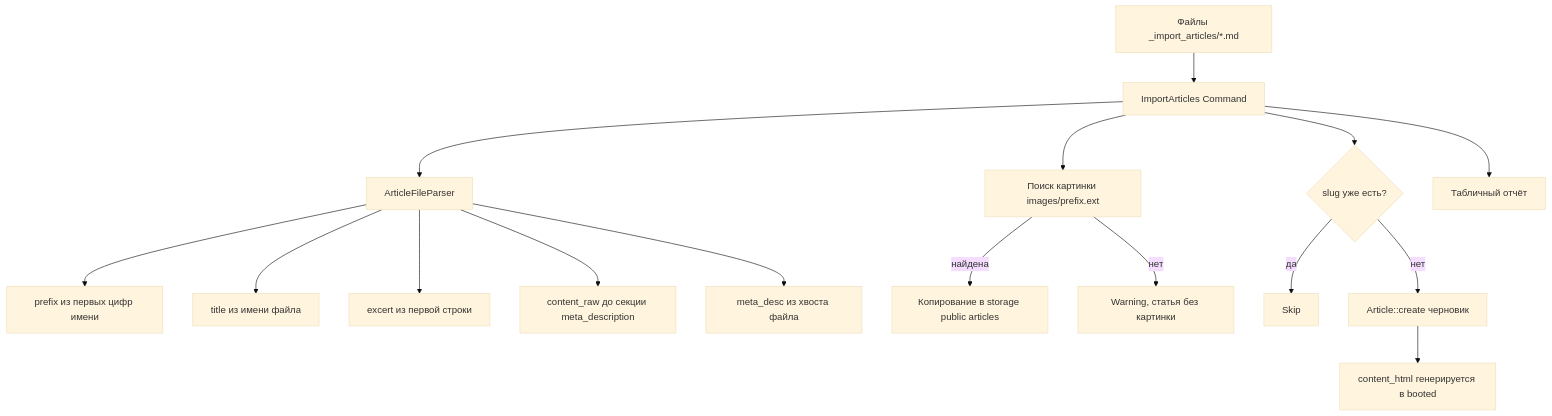
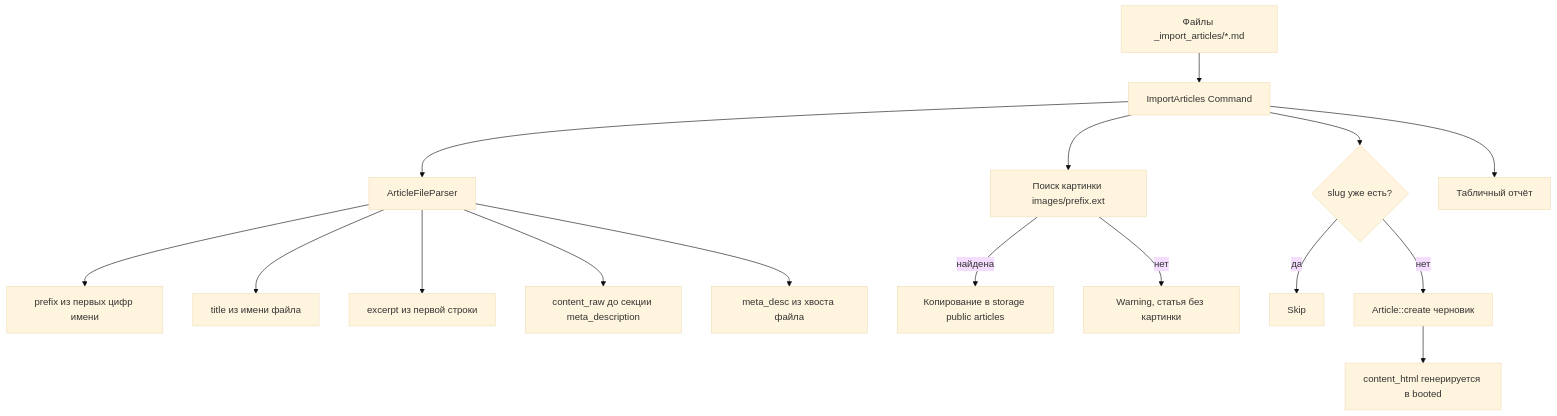
One commit to alexchasx/laravel-orchid-blog changed the diagram in plans/import-articles.md. Above: the diagram before and after it, drawn with Mermaid (base theme). The commit also changed other lines of this file and 23 other files, not shown here.

Commit message:
rename excert to excerpt

````diff
--- a/plans/import-articles.md
+++ b/plans/import-articles.md
@@ -31,18 +31,18 @@
 ```mermaid
 flowchart TD
     A[Файлы _import_articles/*.md] --> B[ImportArticles Command]
     B --> C[ArticleFileParser]
     C --> D[prefix из первых цифр имени]
     C --> E[title из имени файла]
-    C --> F[excert из первой строки]
+    C --> F[excerpt из первой строки]
     C --> G[content_raw до секции meta_description]
     C --> H[meta_desc из хвоста файла]
     B --> I[Поиск картинки images/prefix.ext]
     I -->|найдена| J[Копирование в storage public articles]
     I -->|нет| K[Warning, статья без картинки]
     B --> L{slug уже есть?}
     L -->|да| M[Skip]
     L -->|нет| N[Article::create черновик]
     N --> O[content_html генерируется в booted]
     B --> P[Табличный отчёт]
 ```
````
